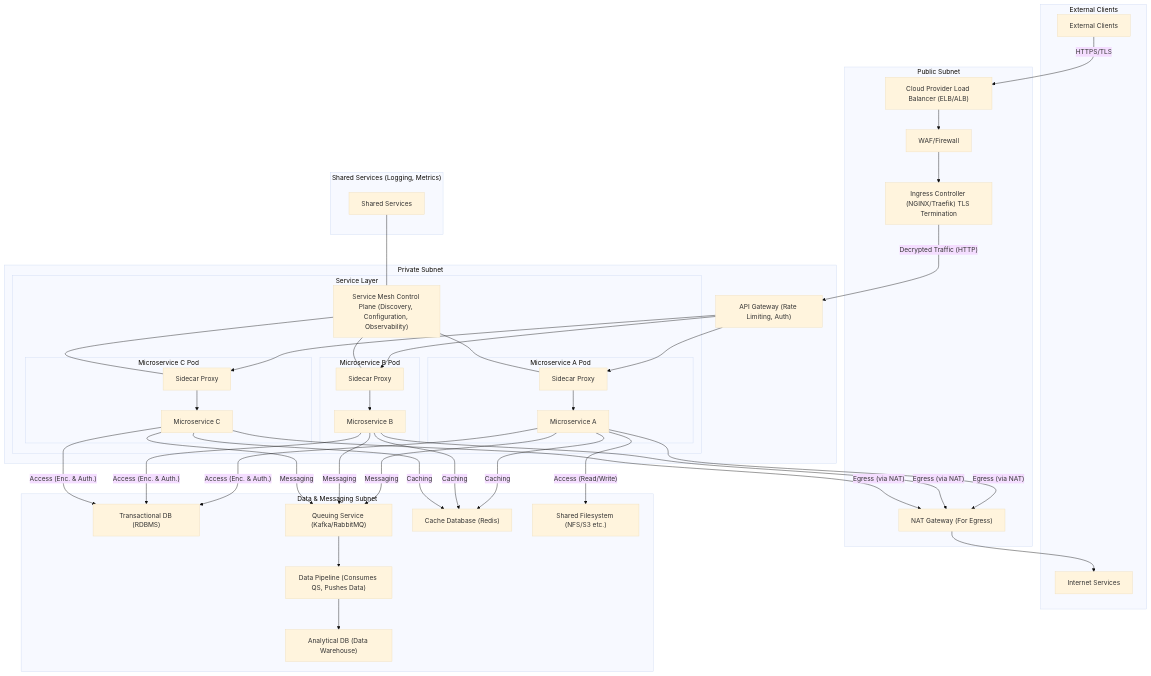
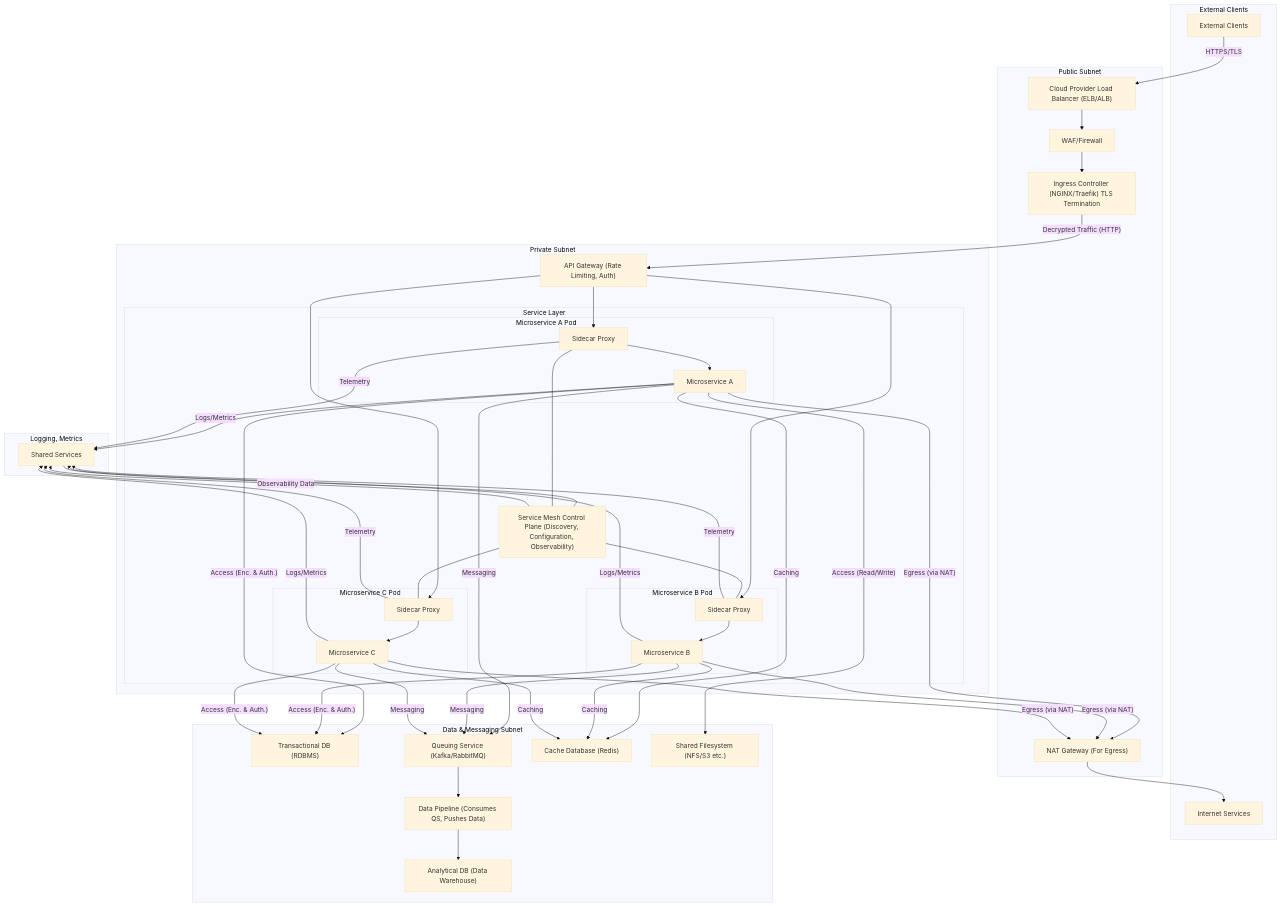
Before and after one commit to anishEgov/digit3: the diagram in docs/Architecture/Infrastructure.md, drawn with Mermaid (base theme). The commit also changed other lines of this file, not shown here.

Commit message:
Updated logging flow

````diff
--- a/docs/Architecture/Infrastructure.md
+++ b/docs/Architecture/Infrastructure.md
@@ -134,7 +137,7 @@
   end
 
   %% Shared Services
-  subgraph "Shared Services #40;Logging, Metrics#41;"
+  subgraph "Logging, Metrics"
     Shared[Shared Services]
   end
 
@@ -172,7 +175,7 @@
   QS --> Pipeline
   Pipeline --> Analytics
 
-  %% Service Mesh Control Plane (non-data path)
+  %% Service Mesh Control Plane Awareness (non-data path)
   CP --- AProxy
   CP --- BProxy
   CP --- CProxy
@@ -185,4 +188,15 @@
 
   %% NAT to Internet
   NAT --> Internet
+
+  %% Logging & Metrics Collection
+  A -->|Logs/Metrics| Shared
+  B -->|Logs/Metrics| Shared
+  C -->|Logs/Metrics| Shared
+
+  AProxy -->|Telemetry| Shared
+  BProxy -->|Telemetry| Shared
+  CProxy -->|Telemetry| Shared
+
+  CP -->|Observability Data| Shared
 ```
````
